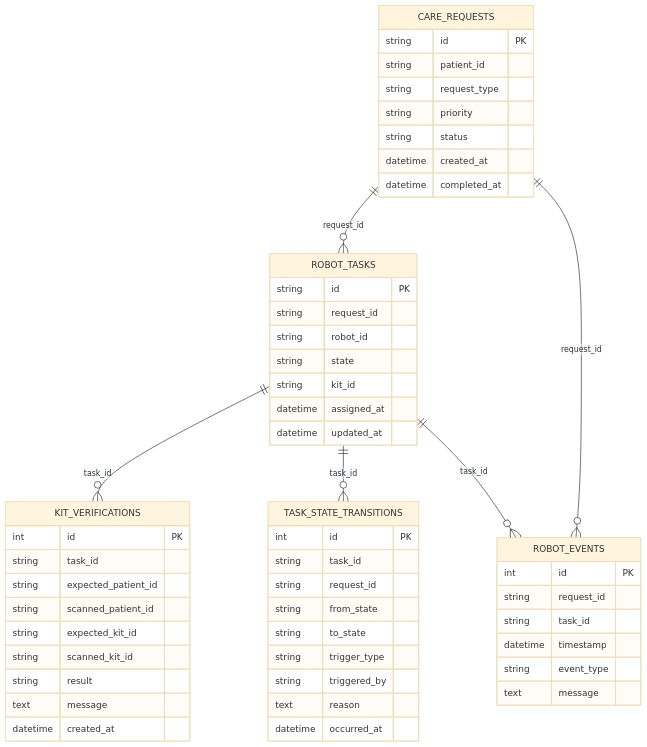
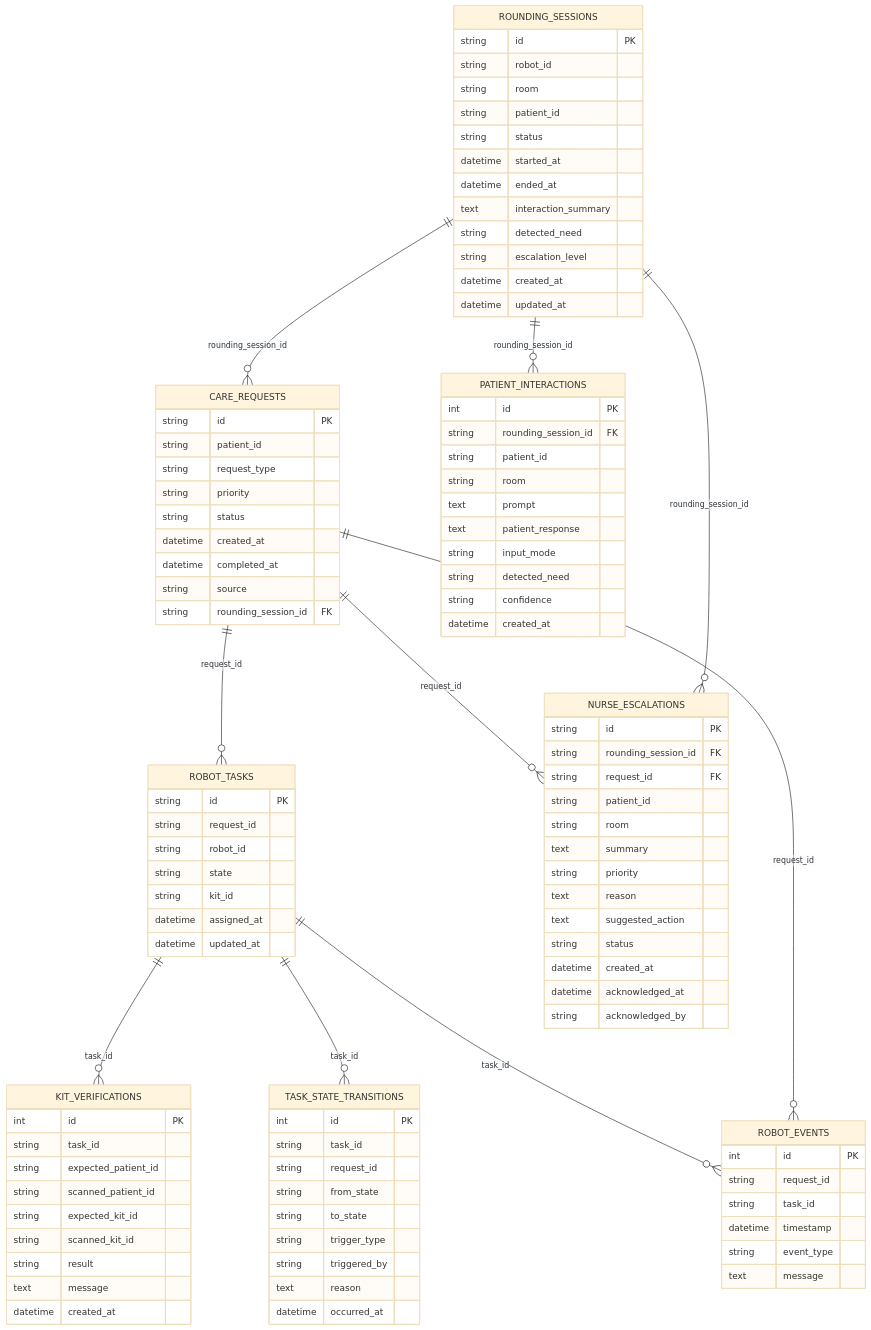
The third of 3 diagrams in README.md (SayokoAkiike/nursing-robot), drawn with Mermaid (base theme) before and after one commit. The commit also changed other lines of this file, not shown here.

First line of the commit message:
PR28: README refresh for the rounding/check-in workflow

````diff
--- a/README.md
+++ b/README.md
@@ -141,6 +170,10 @@
     ROBOT_TASKS ||--o{ TASK_STATE_TRANSITIONS : "task_id"
     CARE_REQUESTS ||--o{ ROBOT_EVENTS : "request_id"
     ROBOT_TASKS ||--o{ ROBOT_EVENTS : "task_id"
+    ROUNDING_SESSIONS ||--o{ PATIENT_INTERACTIONS : "rounding_session_id"
+    ROUNDING_SESSIONS ||--o{ NURSE_ESCALATIONS : "rounding_session_id"
+    ROUNDING_SESSIONS ||--o{ CARE_REQUESTS : "rounding_session_id"
+    CARE_REQUESTS ||--o{ NURSE_ESCALATIONS : "request_id"
 
     CARE_REQUESTS {
         string id PK
@@ -150,6 +183,8 @@
         string status
         datetime created_at
         datetime completed_at
+        string source
+        string rounding_session_id FK
     }
     ROBOT_TASKS {
         string id PK
@@ -190,4 +225,45 @@
         string event_type
         text message
     }
+    ROUNDING_SESSIONS {
+        string id PK
+        string robot_id
+        string room
+        string patient_id
+        string status
+        datetime started_at
+        datetime ended_at
+        text interaction_summary
+        string detected_need
+        string escalation_level
+        datetime created_at
+        datetime updated_at
+    }
+    PATIENT_INTERACTIONS {
+        int id PK
+        string rounding_session_id FK
+        string patient_id
+        string room
+        text prompt
+        text patient_response
+        string input_mode
+        string detected_need
+        string confidence
+        datetime created_at
+    }
+    NURSE_ESCALATIONS {
+        string id PK
+        string rounding_session_id FK
+        string request_id FK
+        string patient_id
+        string room
+        text summary
+        string priority
+        text reason
+        text suggested_action
+        string status
+        datetime created_at
+        datetime acknowledged_at
+        string acknowledged_by
+    }
 ```
````
